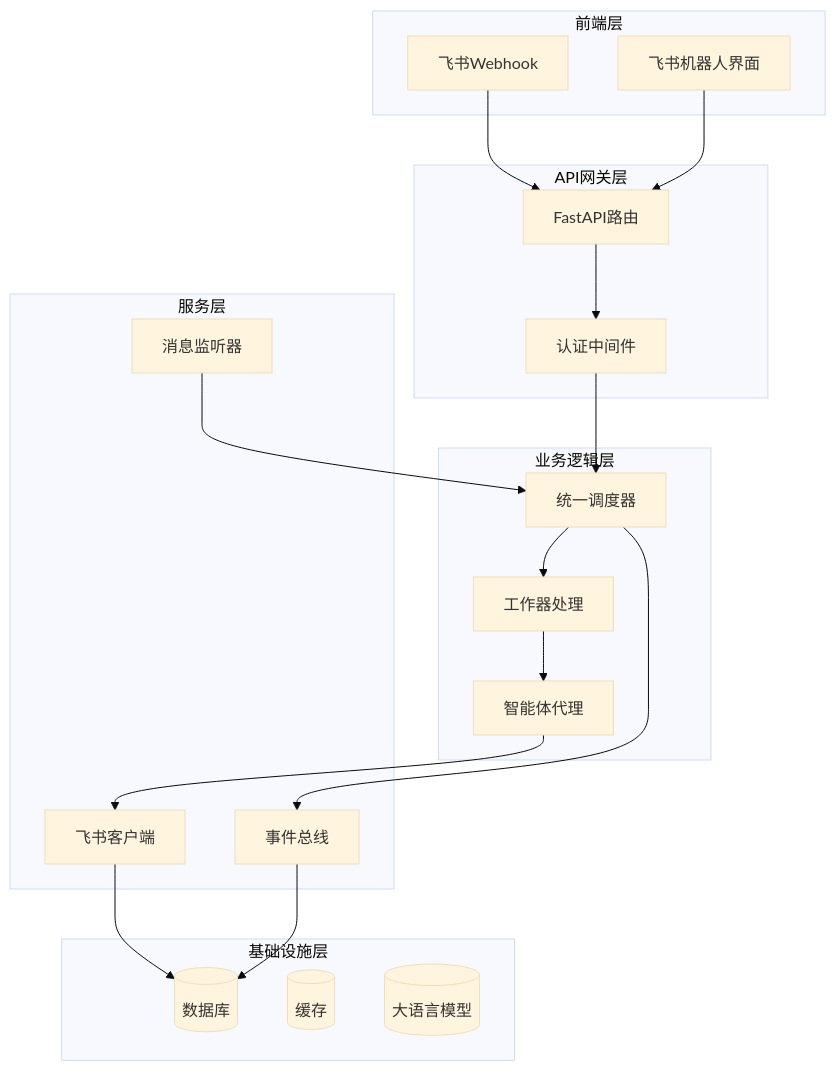
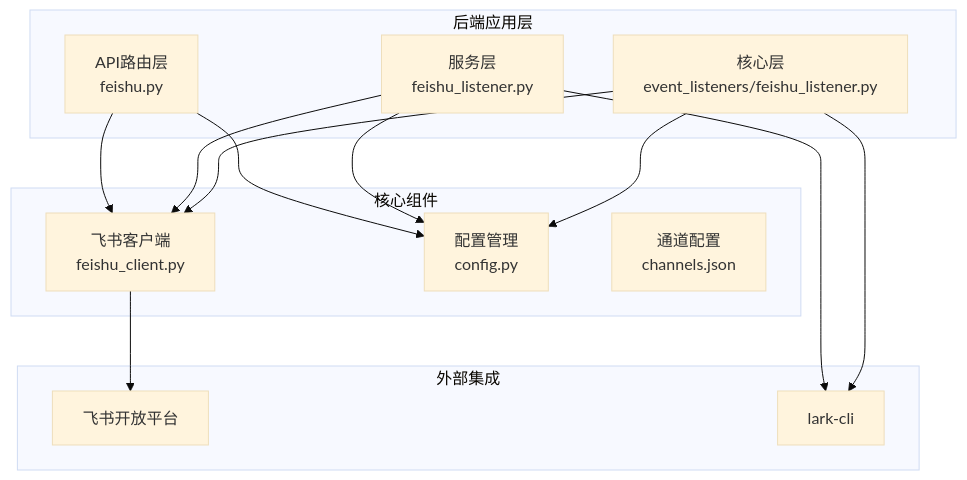
The first of 6 diagrams in .qoder/repowiki/zh/content/集成与扩展/飞书集成系统.md (angledick/-), drawn with Mermaid (base theme) before and after one commit. The commit also changed other lines of this file and 128 other files, not shown here.

````diff
--- a/.qoder/repowiki/zh/content/集成与扩展/飞书集成系统.md
+++ b/.qoder/repowiki/zh/content/集成与扩展/飞书集成系统.md
@@ -47,37 +36,26 @@
 ```mermaid
 graph TB
-subgraph "前端层"
-FE[飞书Webhook]
-UI[飞书机器人界面]
+subgraph "后端应用层"
+API[API路由层<br/>feishu.py]
+Services[服务层<br/>feishu_listener.py]
+Core[核心层<br/>event_listeners/feishu_listener.py]
 end
-subgraph "API网关层"
-API[FastAPI路由]
-AUTH[认证中间件]
+subgraph "核心组件"
+Client[飞书客户端<br/>feishu_client.py]
+Config[配置管理<br/>config.py]
+Channels[通道配置<br/>channels.json]
 end
-subgraph "业务逻辑层"
-DISPATCH[统一调度器]
-WORKER[工作器处理]
-AGENT[智能体代理]
+subgraph "外部集成"
+Feishu[飞书开放平台]
+LarkCLI[lark-cli]
 end
-subgraph "服务层"
-LISTENER[消息监听器]
-CLIENT[飞书客户端]
-BUS[事件总线]
-end
-subgraph "基础设施层"
-DB[(数据库)]
-CACHE[(缓存)]
-LLM[(大语言模型)]
-end
-FE --> API
-UI --> API
-API --> AUTH
-AUTH --> DISPATCH
-DISPATCH --> WORKER
-WORKER --> AGENT
-AGENT --> CLIENT
-LISTENER --> DISPATCH
-CLIENT --> DB
-DISPATCH --> BUS
-BUS --> DB
+API --> Client
+Services --> Client
+Core --> Client
+API --> Config
+Services --> Config
+Core --> Config
+Client --> Feishu
+Services --> LarkCLI
+Core --> LarkCLI
 ```
````
